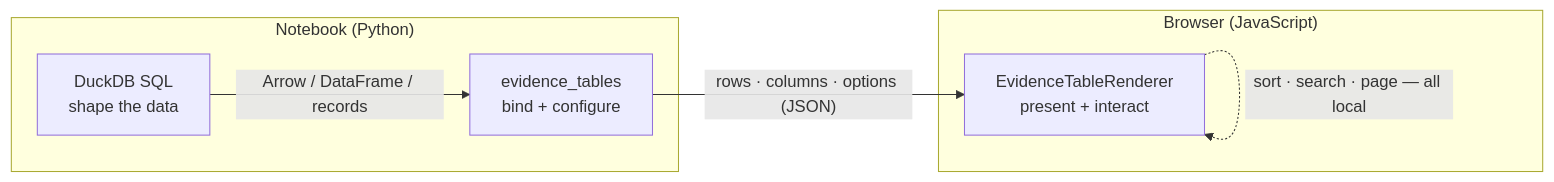
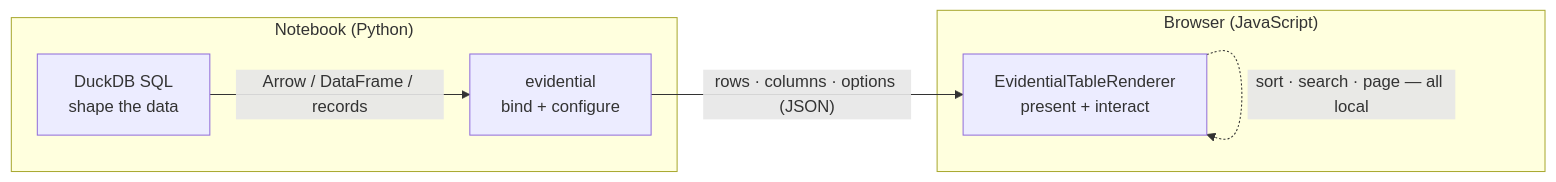
One commit to edouardp/evidential changed the first of 5 diagrams in docs/design-and-dx.md. Above: the diagram before and after it, drawn with Mermaid. The commit also changed other lines of this file and 87 other files, not shown here.

````diff
--- a/docs/design-and-dx.md
+++ b/docs/design-and-dx.md
@@ -98,13 +98,13 @@
 ```mermaid
 flowchart LR
   subgraph Notebook["Notebook (Python)"]
     SQL["DuckDB SQL<br/>shape the data"]
-    API["evidence_tables<br/>bind + configure"]
+    API["evidential<br/>bind + configure"]
   end
   subgraph Browser["Browser (JavaScript)"]
-    R["EvidenceTableRenderer<br/>present + interact"]
+    R["EvidentialTableRenderer<br/>present + interact"]
   end
   SQL -->|"Arrow / DataFrame / records"| API
   API -->|"rows · columns · options (JSON)"| R
   R -.->|"sort · search · page — all local"| R
 ```
````
